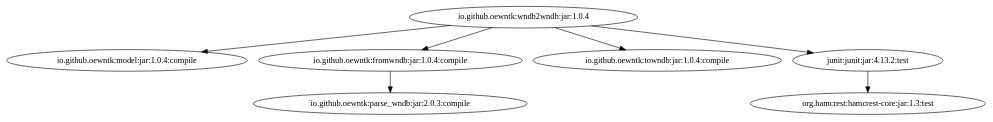
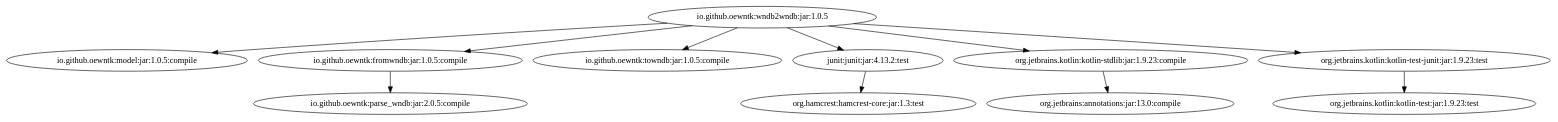
The diagram in images/grind-yaml2wndb.dot (oewntk/grind_wndb2wndb), drawn with Graphviz before and after one commit.

Commit message:
regenerated dot

```diff
--- a/images/grind-yaml2wndb.dot
+++ b/images/grind-yaml2wndb.dot
@@ -1,8 +1,12 @@
-digraph "io.github.oewntk:wndb2wndb:jar:1.0.4" { 
-	"io.github.oewntk:wndb2wndb:jar:1.0.4" -> "io.github.oewntk:model:jar:1.0.4:compile" ; 
-	"io.github.oewntk:wndb2wndb:jar:1.0.4" -> "io.github.oewntk:fromwndb:jar:1.0.4:compile" ; 
-	"io.github.oewntk:wndb2wndb:jar:1.0.4" -> "io.github.oewntk:towndb:jar:1.0.4:compile" ; 
-	"io.github.oewntk:wndb2wndb:jar:1.0.4" -> "junit:junit:jar:4.13.2:test" ; 
-	"io.github.oewntk:fromwndb:jar:1.0.4:compile" -> "io.github.oewntk:parse_wndb:jar:2.0.3:compile" ; 
+digraph "io.github.oewntk:wndb2wndb:jar:1.0.5" { 
+	"io.github.oewntk:wndb2wndb:jar:1.0.5" -> "io.github.oewntk:model:jar:1.0.5:compile" ; 
+	"io.github.oewntk:wndb2wndb:jar:1.0.5" -> "io.github.oewntk:fromwndb:jar:1.0.5:compile" ; 
+	"io.github.oewntk:wndb2wndb:jar:1.0.5" -> "io.github.oewntk:towndb:jar:1.0.5:compile" ; 
+	"io.github.oewntk:wndb2wndb:jar:1.0.5" -> "junit:junit:jar:4.13.2:test" ; 
+	"io.github.oewntk:wndb2wndb:jar:1.0.5" -> "org.jetbrains.kotlin:kotlin-stdlib:jar:1.9.23:compile" ; 
+	"io.github.oewntk:wndb2wndb:jar:1.0.5" -> "org.jetbrains.kotlin:kotlin-test-junit:jar:1.9.23:test" ; 
+	"io.github.oewntk:fromwndb:jar:1.0.5:compile" -> "io.github.oewntk:parse_wndb:jar:2.0.5:compile" ; 
 	"junit:junit:jar:4.13.2:test" -> "org.hamcrest:hamcrest-core:jar:1.3:test" ; 
+	"org.jetbrains.kotlin:kotlin-stdlib:jar:1.9.23:compile" -> "org.jetbrains:annotations:jar:13.0:compile" ; 
+	"org.jetbrains.kotlin:kotlin-test-junit:jar:1.9.23:test" -> "org.jetbrains.kotlin:kotlin-test:jar:1.9.23:test" ; 
  } 
```
